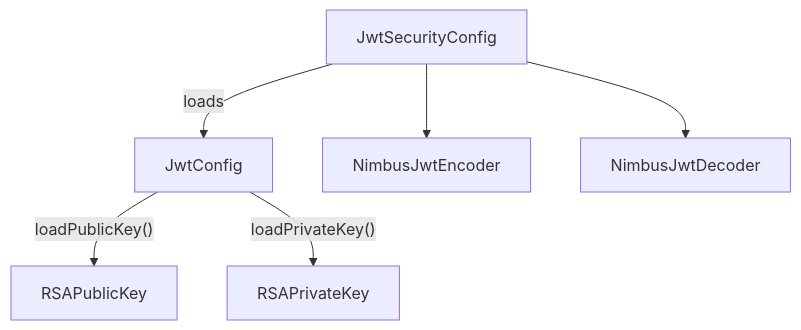
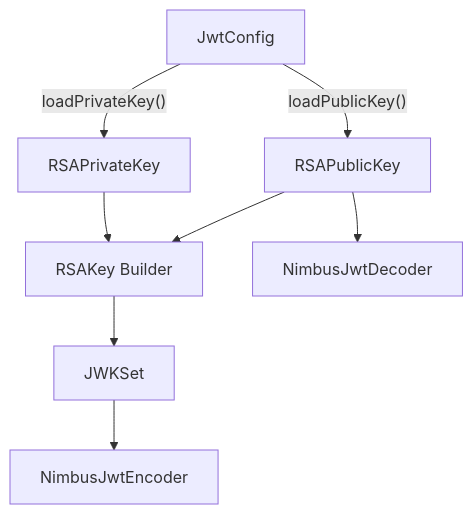
The second of 8 diagrams in docs/reference/architecture/security-core-and-oauth-bff/security-core-and-oauth-bff.md (flamingo-stack/openframe-oss-lib), drawn with Mermaid before and after one commit. The commit also changed other lines of this file and 1819 other files, not shown here.

````diff
--- a/docs/reference/architecture/security-core-and-oauth-bff/security-core-and-oauth-bff.md
+++ b/docs/reference/architecture/security-core-and-oauth-bff/security-core-and-oauth-bff.md
@@ -94,8 +70,13 @@
 ```mermaid
 flowchart TD
-    JwtSecurityConfig -->|"loads"| JwtConfig
-    JwtConfig -->|"loadPublicKey()"| PublicKey["RSAPublicKey"]
+    JwtConfig["JwtConfig"] -->|"loadPublicKey()"| PublicKey["RSAPublicKey"]
     JwtConfig -->|"loadPrivateKey()"| PrivateKey["RSAPrivateKey"]
-    JwtSecurityConfig --> Encoder["NimbusJwtEncoder"]
-    JwtSecurityConfig --> Decoder["NimbusJwtDecoder"]
+
+    PublicKey --> RsaKey["RSAKey Builder"]
+    PrivateKey --> RsaKey
+
+    RsaKey --> JwkSet["JWKSet"]
+    JwkSet --> JwtEncoder["NimbusJwtEncoder"]
+
+    PublicKey --> JwtDecoder["NimbusJwtDecoder"]
 ```
````
